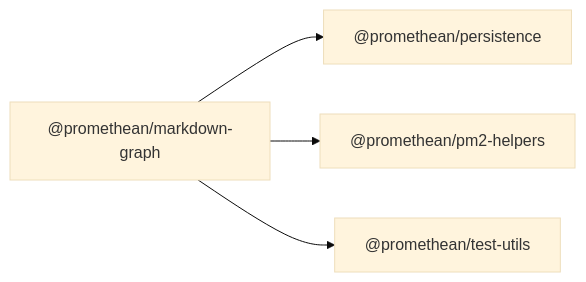
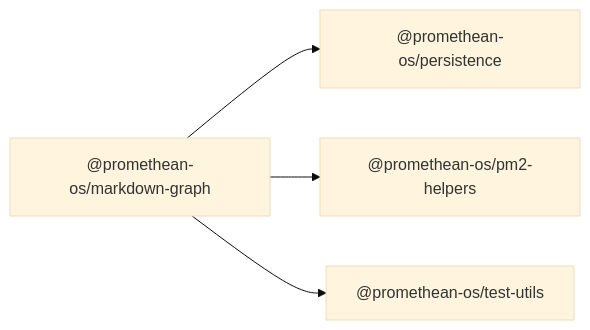
The diagram in docs/packages/markdown-graph/README.md (octave-commons/promethean), drawn with Mermaid (base theme) before and after one commit. The commit also changed other lines of this file and 1753 other files, not shown here.

````diff
--- a/docs/packages/markdown-graph/README.md
+++ b/docs/packages/markdown-graph/README.md
@@ -14,13 +14,13 @@
 ```mermaid
 graph LR
-  A["@promethean/markdown-graph"]
-  D1["@promethean/persistence"]
-  D2["@promethean/pm2-helpers"]
-  D3["@promethean/test-utils"]
-  A --> D1["@promethean/persistence"]
-  A --> D2["@promethean/pm2-helpers"]
-  A --> D3["@promethean/test-utils"]
-  click D1 "../persistence/README.md" "@promethean/persistence"
-  click D2 "../pm2-helpers/README.md" "@promethean/pm2-helpers"
-  click D3 "../test-utils/README.md" "@promethean/test-utils"
+  A["@promethean-os/markdown-graph"]
+  D1["@promethean-os/persistence"]
+  D2["@promethean-os/pm2-helpers"]
+  D3["@promethean-os/test-utils"]
+  A --> D1["@promethean-os/persistence"]
+  A --> D2["@promethean-os/pm2-helpers"]
+  A --> D3["@promethean-os/test-utils"]
+  click D1 "../persistence/README.md" "@promethean-os/persistence"
+  click D2 "../pm2-helpers/README.md" "@promethean-os/pm2-helpers"
+  click D3 "../test-utils/README.md" "@promethean-os/test-utils"
 ```
````
